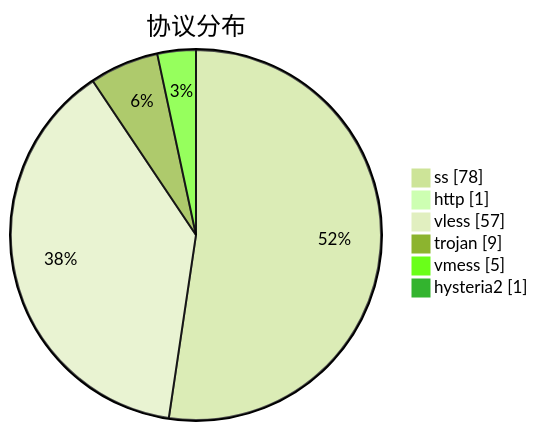
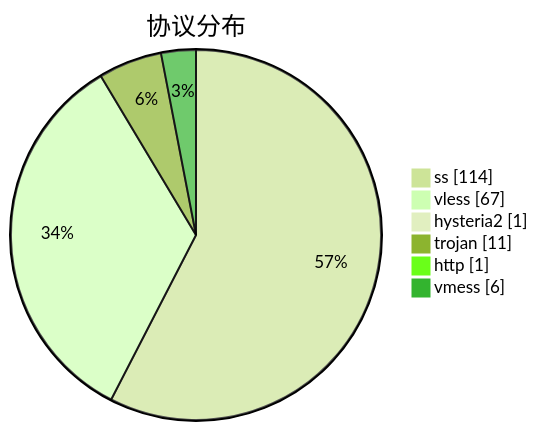
The third of 3 diagrams in subs/statistics/tested_within.md (qjlxg/airport), drawn with Mermaid (forest theme) before and after one commit. The commit also changed other lines of this file and 2 other files, not shown here.

````diff
--- a/subs/statistics/tested_within.md
+++ b/subs/statistics/tested_within.md
@@ -26,10 +28,10 @@
 ```mermaid
 pie showData
 title 协议分布
-"ss" : 78
+"ss" : 114
+"vless" : 67
+"hysteria2" : 1
+"trojan" : 11
 "http" : 1
-"vless" : 57
-"trojan" : 9
-"vmess" : 5
-"hysteria2" : 1
+"vmess" : 6
 ```
````
